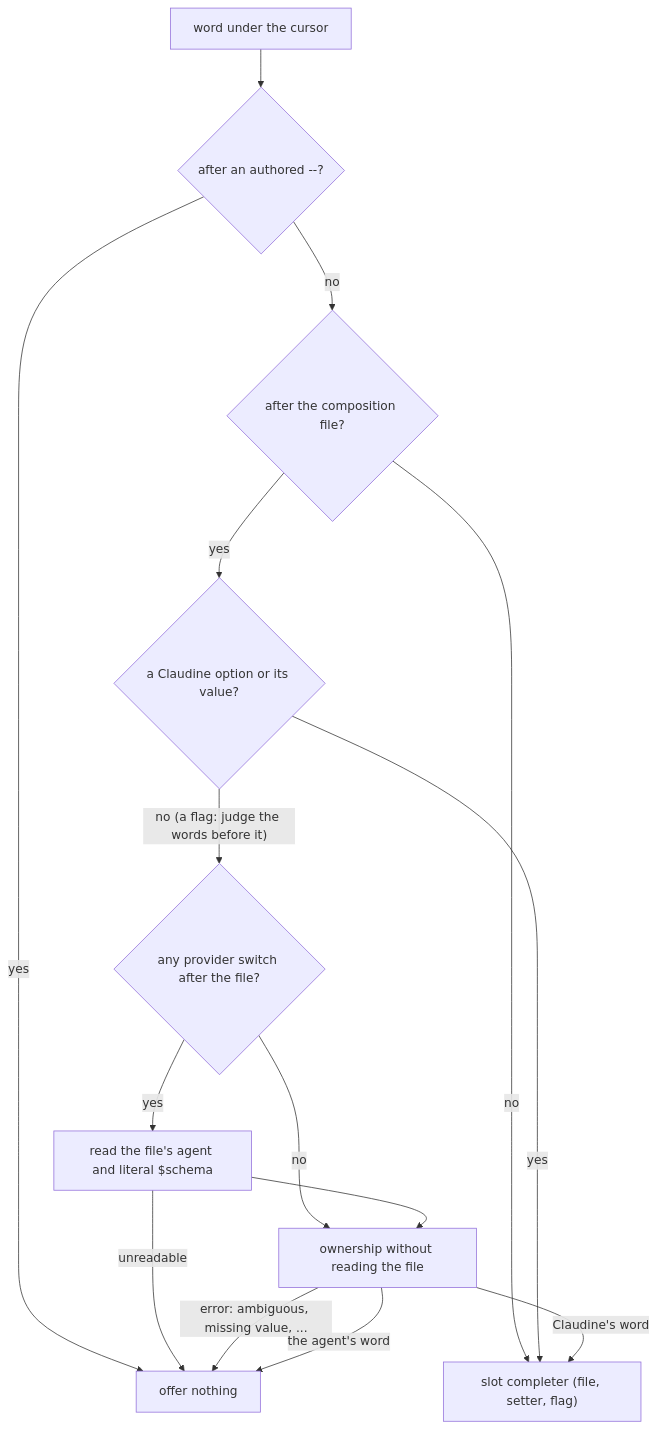
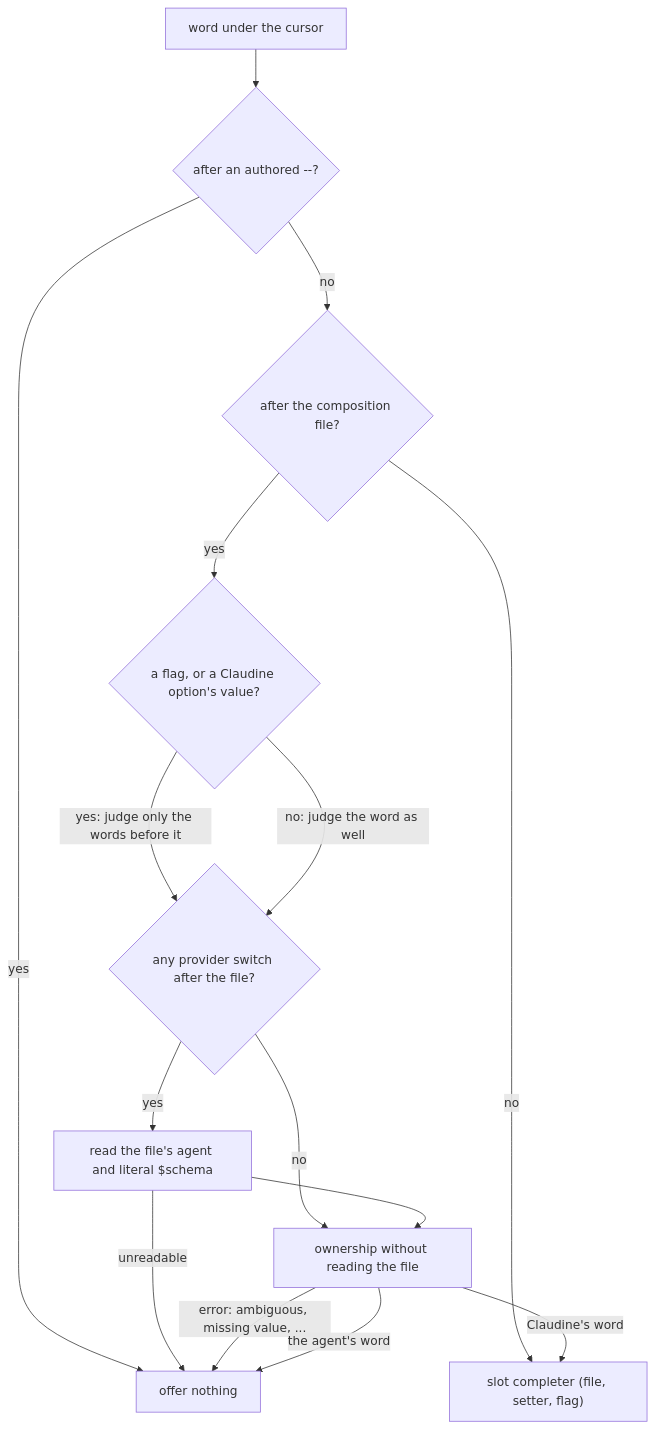
One commit to yankeeinlondon/rusty-biscuit changed the first of 2 diagrams in claudine/docs/topics/completions/shell-completions.md. Above: the diagram before and after it, drawn with Mermaid. The commit also changed other lines of this file and 6 other files, not shown here.

````diff
--- a/claudine/docs/topics/completions/shell-completions.md
+++ b/claudine/docs/topics/completions/shell-completions.md
@@ -693,17 +701,17 @@
 ```mermaid
 flowchart TD
     A["word under the cursor"] --> B{"after an authored --?"}
     B -->|yes| N["offer nothing"]
     B -->|no| C{"after the composition file?"}
     C -->|no| S["slot completer (file, setter, flag)"]
-    C -->|yes| D{"a Claudine option or its value?"}
-    D -->|yes| S
-    D -->|"no (a flag: judge the words before it)"| E{"any provider switch after the file?"}
+    C -->|yes| D{"a flag, or a Claudine option's value?"}
+    D -->|"yes: judge only the words before it"| E
+    D -->|"no: judge the word as well"| E{"any provider switch after the file?"}
     E -->|no| F["ownership without reading the file"]
     E -->|yes| G["read the file's agent and literal $schema"]
     G -->|unreadable| N
     G --> F
     F -->|error: ambiguous, missing value, ...| N
     F -->|the agent's word| N
     F -->|Claudine's word| S
 ```
````
